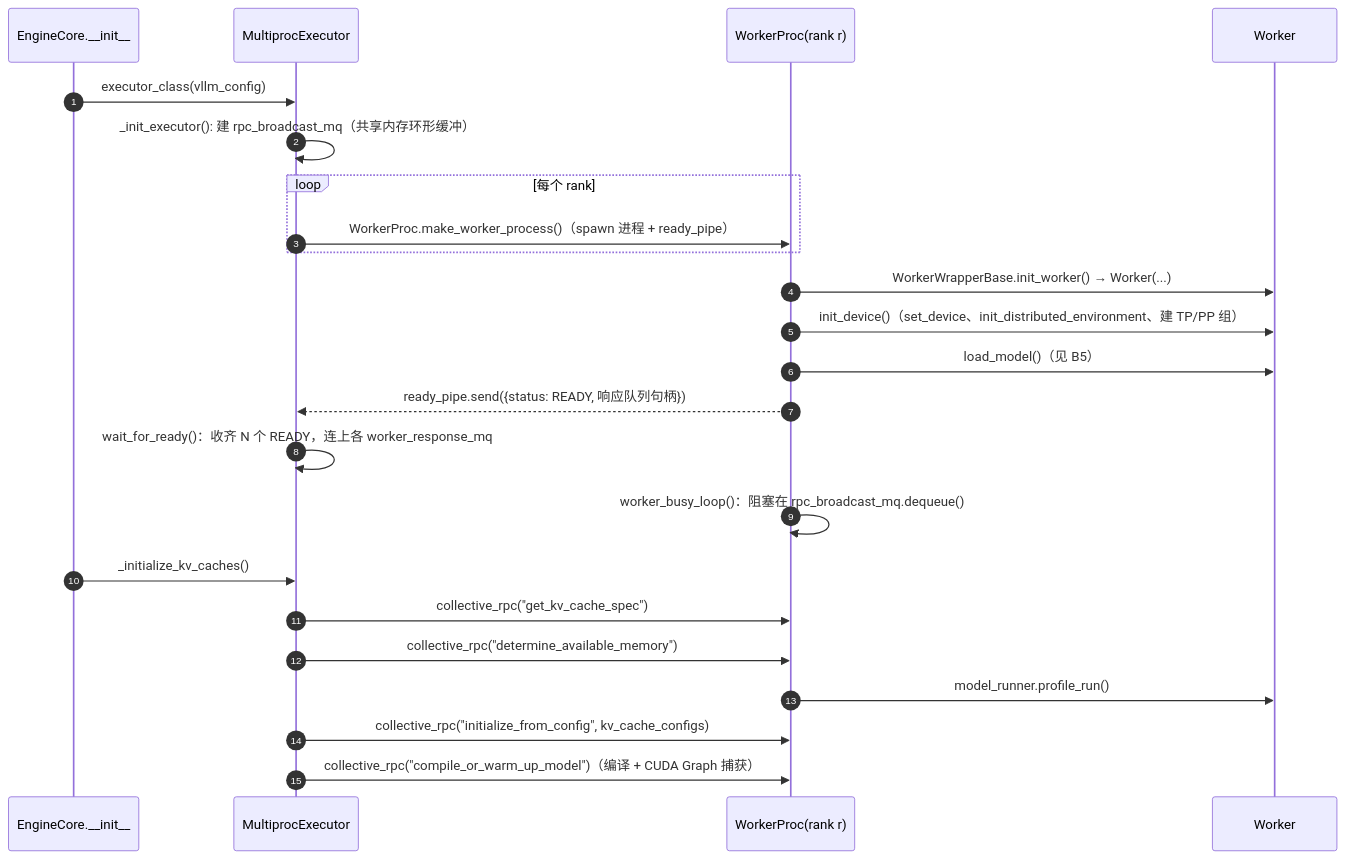
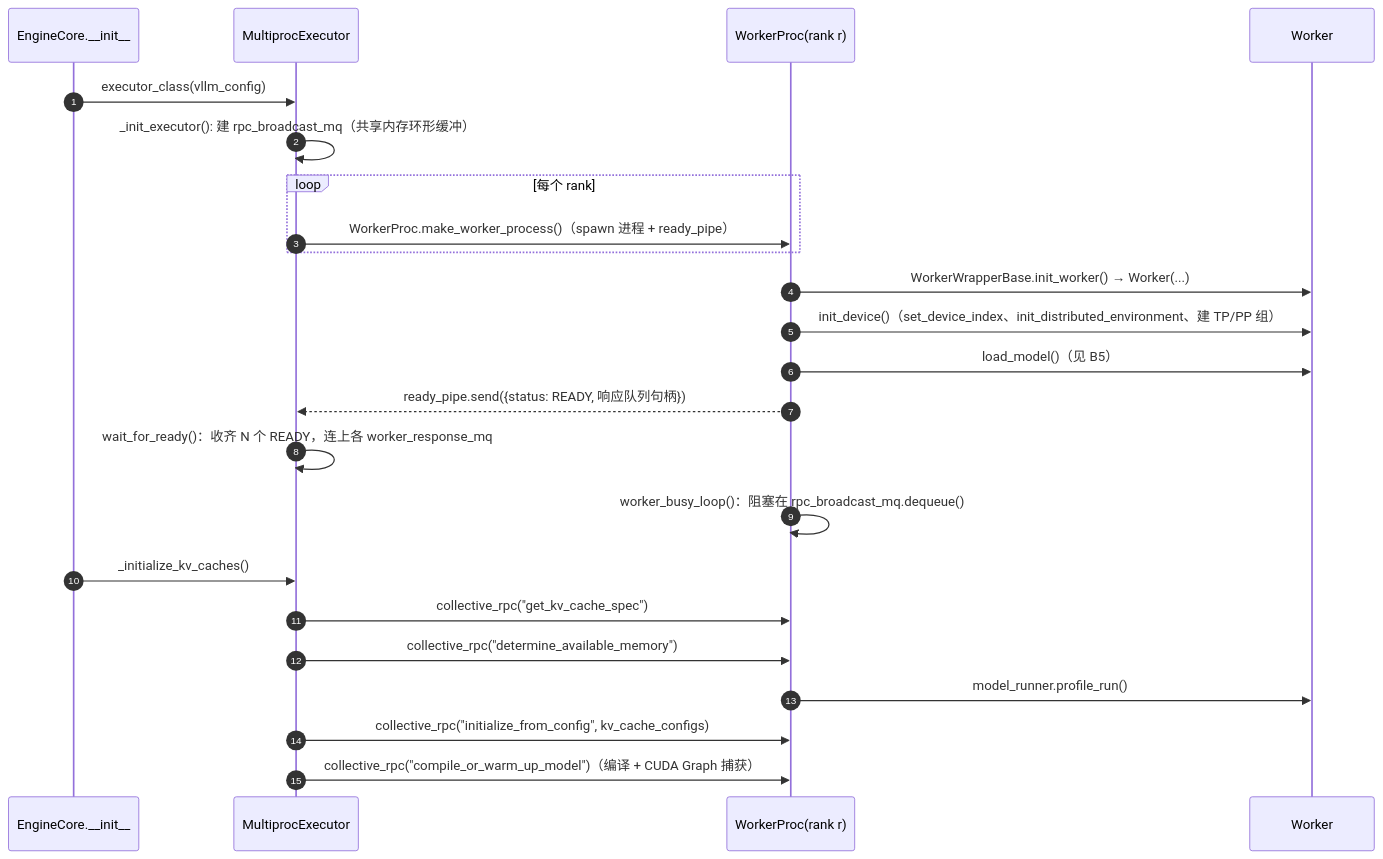
The diagram in course/revised/diagrams-src/B2/B2-fig2.mmd (Wedsonlin/vllm_code), drawn with Mermaid before and after one commit. The commit also changed 36 other files, not shown here.

Commit message:
course: audit diagrams against vLLM v0.30.0; follow-up text fixes

```diff
--- a/course/revised/diagrams-src/B2/B2-fig2.mmd
+++ b/course/revised/diagrams-src/B2/B2-fig2.mmd
@@ -1,23 +1,23 @@
 sequenceDiagram
   autonumber
   participant EC as EngineCore.__init__
   participant EX as MultiprocExecutor
   participant WP as WorkerProc(rank r)
   participant W as Worker
   EC->>EX: executor_class(vllm_config)
   EX->>EX: _init_executor(): 建 rpc_broadcast_mq（共享内存环形缓冲）
   loop 每个 rank
     EX->>WP: WorkerProc.make_worker_process()（spawn 进程 + ready_pipe）
   end
   WP->>W: WorkerWrapperBase.init_worker() → Worker(...)
-  WP->>W: init_device()（set_device、init_distributed_environment、建 TP/PP 组）
+  WP->>W: init_device()（set_device_index、init_distributed_environment、建 TP/PP 组）
   WP->>W: load_model()（见 B5）
   WP-->>EX: ready_pipe.send({status: READY, 响应队列句柄})
   EX->>EX: wait_for_ready()：收齐 N 个 READY，连上各 worker_response_mq
   WP->>WP: worker_busy_loop()：阻塞在 rpc_broadcast_mq.dequeue()
   EC->>EX: _initialize_kv_caches()
   EX->>WP: collective_rpc("get_kv_cache_spec")
   EX->>WP: collective_rpc("determine_available_memory")
   WP->>W: model_runner.profile_run()
   EX->>WP: collective_rpc("initialize_from_config", kv_cache_configs)
   EX->>WP: collective_rpc("compile_or_warm_up_model")（编译 + CUDA Graph 捕获）
```
